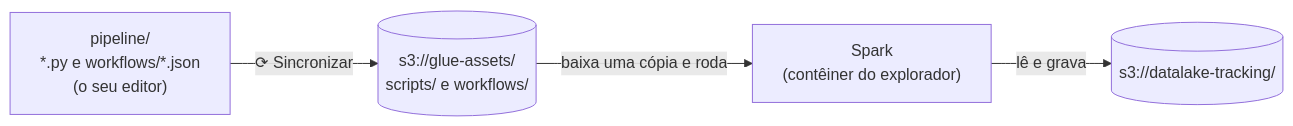
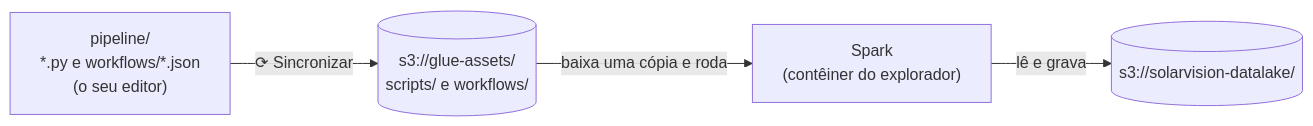
Before and after one commit to danieltanjos/SolarVision: the third of 6 diagrams in datalake/explorador/README.md, drawn with Mermaid. The commit also changed other lines of this file and 3 other files, not shown here.

````diff
--- a/datalake/explorador/README.md
+++ b/datalake/explorador/README.md
@@ -129,6 +129,6 @@
 ```mermaid
 flowchart LR
     pasta["pipeline/<br/>*.py e workflows/*.json<br/>(o seu editor)"] -->|⟳ Sincronizar| assets[("s3://glue-assets/<br/>scripts/ e workflows/")]
     assets -->|baixa uma cópia e roda| spark["Spark<br/>(contêiner do explorador)"]
-    spark -->|lê e grava| lake[("s3://datalake-tracking/")]
+    spark -->|lê e grava| lake[("s3://solarvision-datalake/")]
 ```
````
